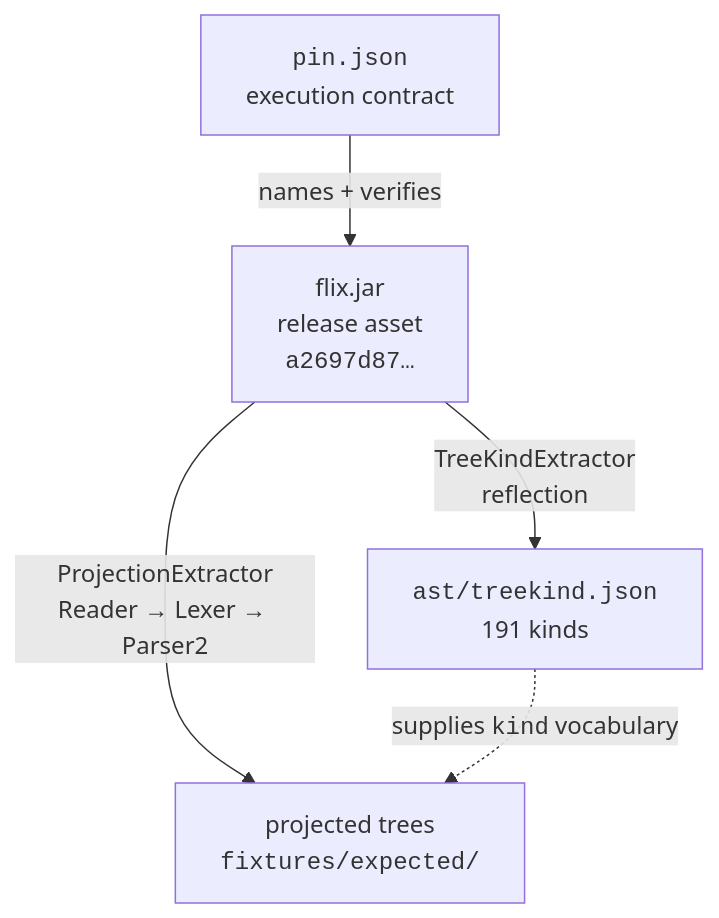
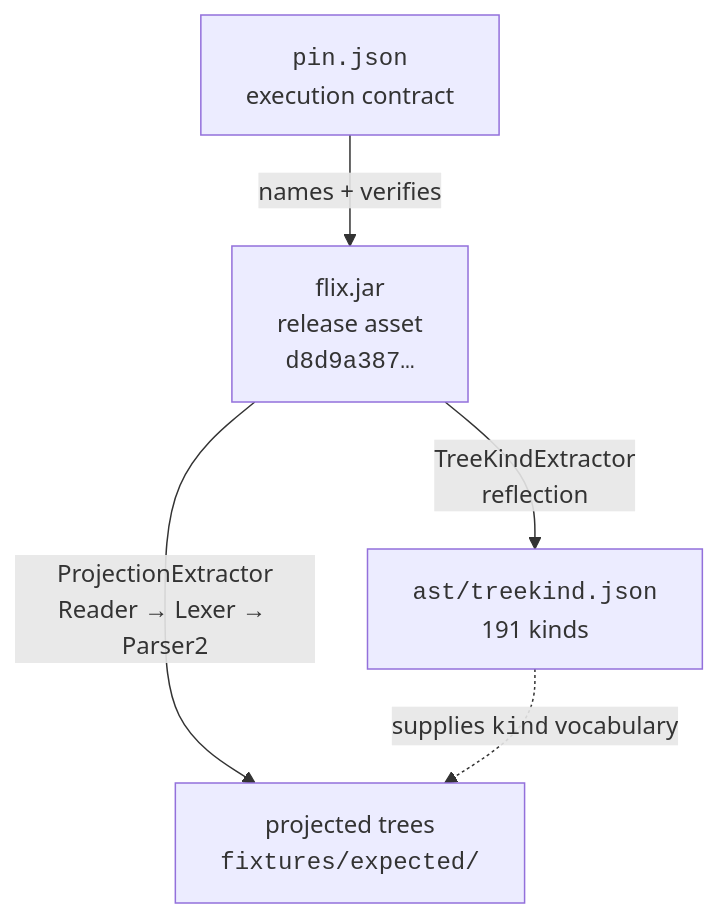
The diagram in README.md (wstein/flix-spec), drawn with Mermaid before and after one commit. The commit also changed other lines of this file and 312 other files, not shown here.

````diff
--- a/README.md
+++ b/README.md
@@ -135,12 +135,12 @@
 ```mermaid
 flowchart TD
-    REL["flix.jar<br/>release asset<br/><code>a2697d87…</code>"]
+    REL["flix.jar<br/>release asset<br/><code>d8d9a387…</code>"]
     PIN["<code>pin.json</code><br/>execution contract"]
     TK["<code>ast/treekind.json</code><br/>191 kinds"]
     PROJ["projected trees<br/><code>fixtures/expected/</code>"]
 
     PIN -->|"names + verifies"| REL
     REL -->|"TreeKindExtractor<br/>reflection"| TK
     REL -->|"ProjectionExtractor<br/>Reader → Lexer → Parser2"| PROJ
     TK -.->|"supplies <code>kind</code> vocabulary"| PROJ
 ```
````
